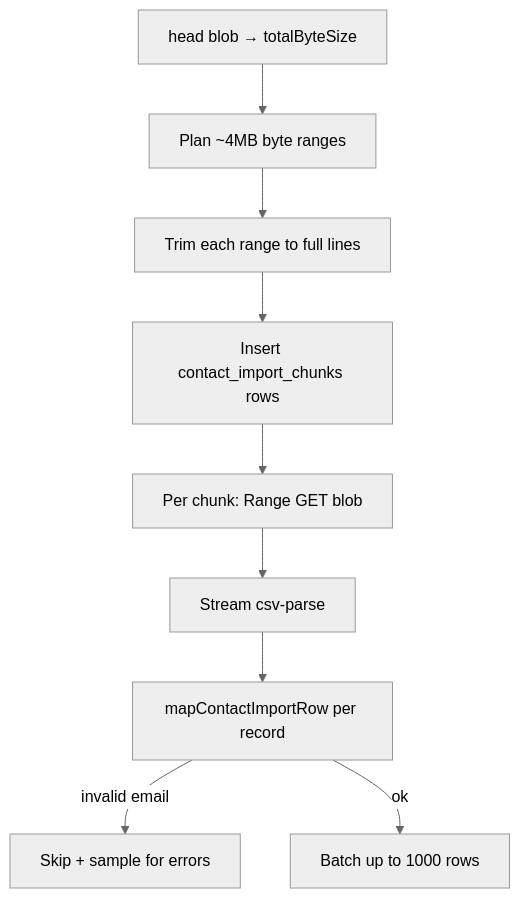
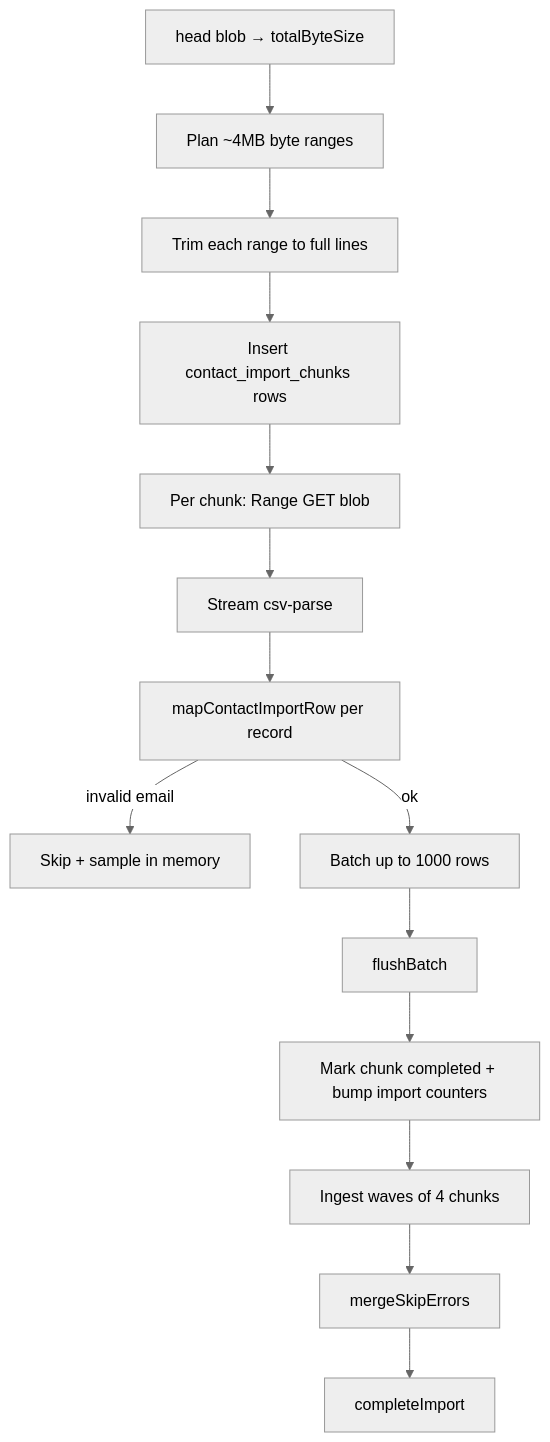
Before and after one commit to SugarDarius/tomodachi-app: the fourth of 6 diagrams in architecture.md, drawn with Mermaid (neutral theme). The commit also changed other lines of this file and 1 other file, not shown here.

````diff
--- a/architecture.md
+++ b/architecture.md
@@ -104,11 +104,16 @@
 ```mermaid
 flowchart TD
   H[head blob → totalByteSize] --> PC[Plan ~4MB byte ranges]
   PC --> T[Trim each range to full lines]
   T --> CH[Insert contact_import_chunks rows]
   CH --> IC[Per chunk: Range GET blob]
   IC --> ST[Stream csv-parse]
   ST --> MR[mapContactImportRow per record]
-  MR -->|invalid email| SK[Skip + sample for errors]
+  MR -->|invalid email| SK[Skip + sample in memory]
   MR -->|ok| BT[Batch up to 1000 rows]
+  BT --> FB[flushBatch]
+  FB --> CC[Mark chunk completed + bump import counters]
+  CC --> W[Ingest waves of 4 chunks]
+  W --> ME[mergeSkipErrors]
+  ME --> CI[completeImport]
 ```
````
